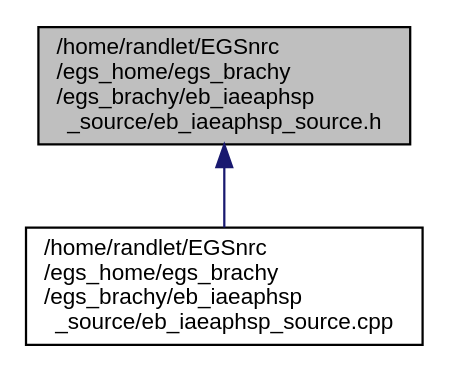
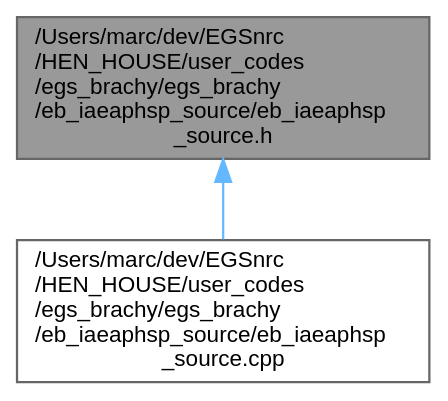
One commit to clrp-code/egs_brachy changed the diagram in docs/eb__iaeaphsp__source_8h__dep__incl.dot. Above: the diagram before and after it, drawn with Graphviz. The commit also changed 1817 other files, not shown here.

```diff
--- a/docs/eb__iaeaphsp__source_8h__dep__incl.dot
+++ b/docs/eb__iaeaphsp__source_8h__dep__incl.dot
@@ -1,8 +1,10 @@
-digraph "/home/randlet/EGSnrc/egs_home/egs_brachy/egs_brachy/eb_iaeaphsp_source/eb_iaeaphsp_source.h"
+digraph "/Users/marc/dev/EGSnrc/HEN_HOUSE/user_codes/egs_brachy/egs_brachy/eb_iaeaphsp_source/eb_iaeaphsp_source.h"
 {
-  edge [fontname="Helvetica",fontsize="10",labelfontname="Helvetica",labelfontsize="10"];
-  node [fontname="Helvetica",fontsize="10",shape=record];
-  Node8 [label="/home/randlet/EGSnrc\l/egs_home/egs_brachy\l/egs_brachy/eb_iaeaphsp\l_source/eb_iaeaphsp_source.h",height=0.2,width=0.4,color="black", fillcolor="grey75", style="filled", fontcolor="black"];
-  Node8 -> Node9 [dir="back",color="midnightblue",fontsize="10",style="solid",fontname="Helvetica"];
-  Node9 [label="/home/randlet/EGSnrc\l/egs_home/egs_brachy\l/egs_brachy/eb_iaeaphsp\l_source/eb_iaeaphsp_source.cpp",height=0.2,width=0.4,color="black", fillcolor="white", style="filled",URL="$eb__iaeaphsp__source_8cpp.html"];
+ // LATEX_PDF_SIZE
+  bgcolor="transparent";
+  edge [fontname=Helvetica,fontsize=10,labelfontname=Helvetica,labelfontsize=10];
+  node [fontname=Helvetica,fontsize=10,shape=box,height=0.2,width=0.4];
+  Node1 [label="/Users/marc/dev/EGSnrc\l/HEN_HOUSE/user_codes\l/egs_brachy/egs_brachy\l/eb_iaeaphsp_source/eb_iaeaphsp\l_source.h",height=0.2,width=0.4,color="gray40", fillcolor="grey60", style="filled", fontcolor="black",tooltip="a minimal IAEA phase space source for egs_brachy"];
+  Node1 -> Node2 [dir="back",color="steelblue1",style="solid"];
+  Node2 [label="/Users/marc/dev/EGSnrc\l/HEN_HOUSE/user_codes\l/egs_brachy/egs_brachy\l/eb_iaeaphsp_source/eb_iaeaphsp\l_source.cpp",height=0.2,width=0.4,color="grey40", fillcolor="white", style="filled",URL="$eb__iaeaphsp__source_8cpp.html",tooltip=" "];
 }
```
